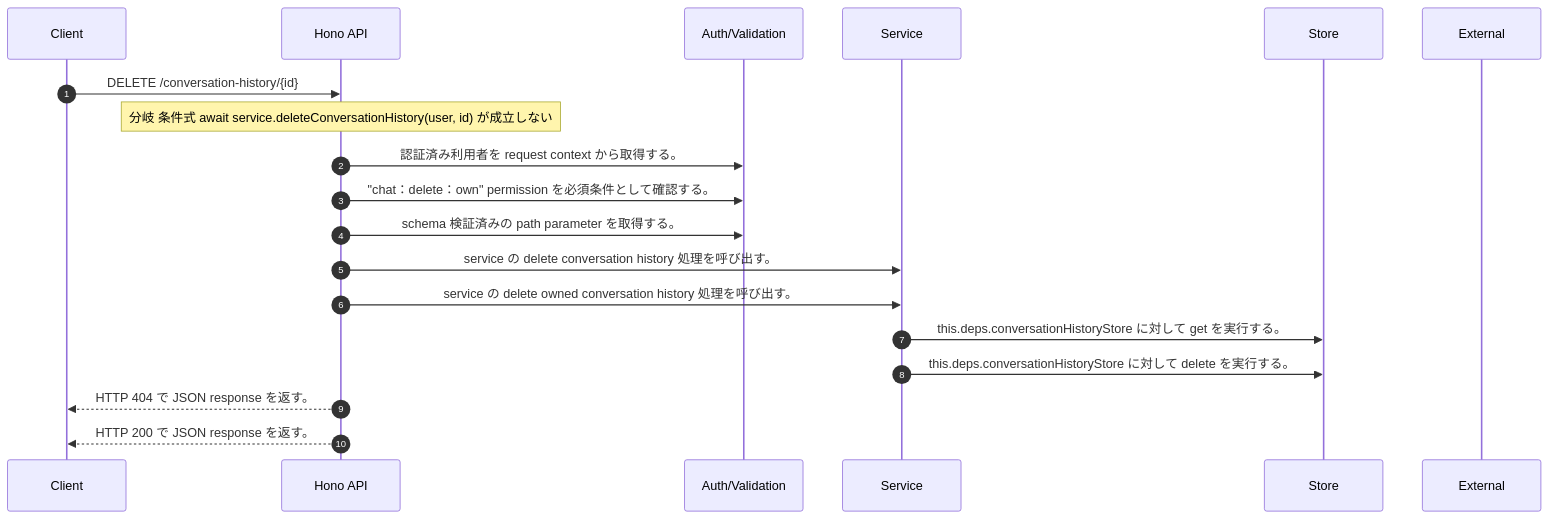
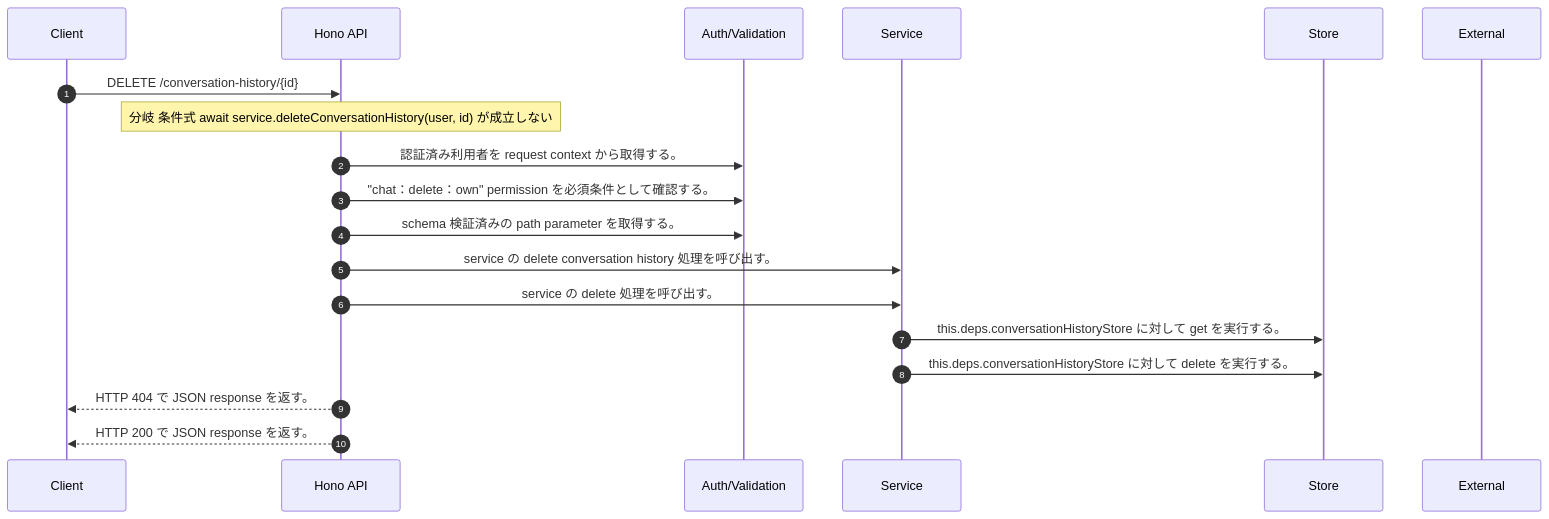
The diagram in docs/generated/api-code/delete-conversation-history-id/sequence_gen.md (tsuji-tomonori/rag-assist), drawn with Mermaid before and after one commit. The commit also changed other lines of this file and 306 other files, not shown here.

````diff
--- a/docs/generated/api-code/delete-conversation-history-id/sequence_gen.md
+++ b/docs/generated/api-code/delete-conversation-history-id/sequence_gen.md
@@ -7,21 +7,21 @@
 ```mermaid
 sequenceDiagram
   autonumber
   participant Client as Client
   participant API as Hono API
   participant Auth as Auth/Validation
   participant Service as Service
   participant Store as Store
   participant External as External
   Client->>API: DELETE /conversation-history/{id}
   Note over API: 分岐 条件式 await service.deleteConversationHistory(user, id) が成立しない
   API->>Auth: 認証済み利用者を request context から取得する。
   API->>Auth: "chat：delete：own" permission を必須条件として確認する。
   API->>Auth: schema 検証済みの path parameter を取得する。
   API->>Service: service の delete conversation history 処理を呼び出す。
-  API->>Service: service の delete owned conversation history 処理を呼び出す。
+  API->>Service: service の delete 処理を呼び出す。
   Service->>Store: this.deps.conversationHistoryStore に対して get を実行する。
   Service->>Store: this.deps.conversationHistoryStore に対して delete を実行する。
   API-->>Client: HTTP 404 で JSON response を返す。
   API-->>Client: HTTP 200 で JSON response を返す。
 ```
````
